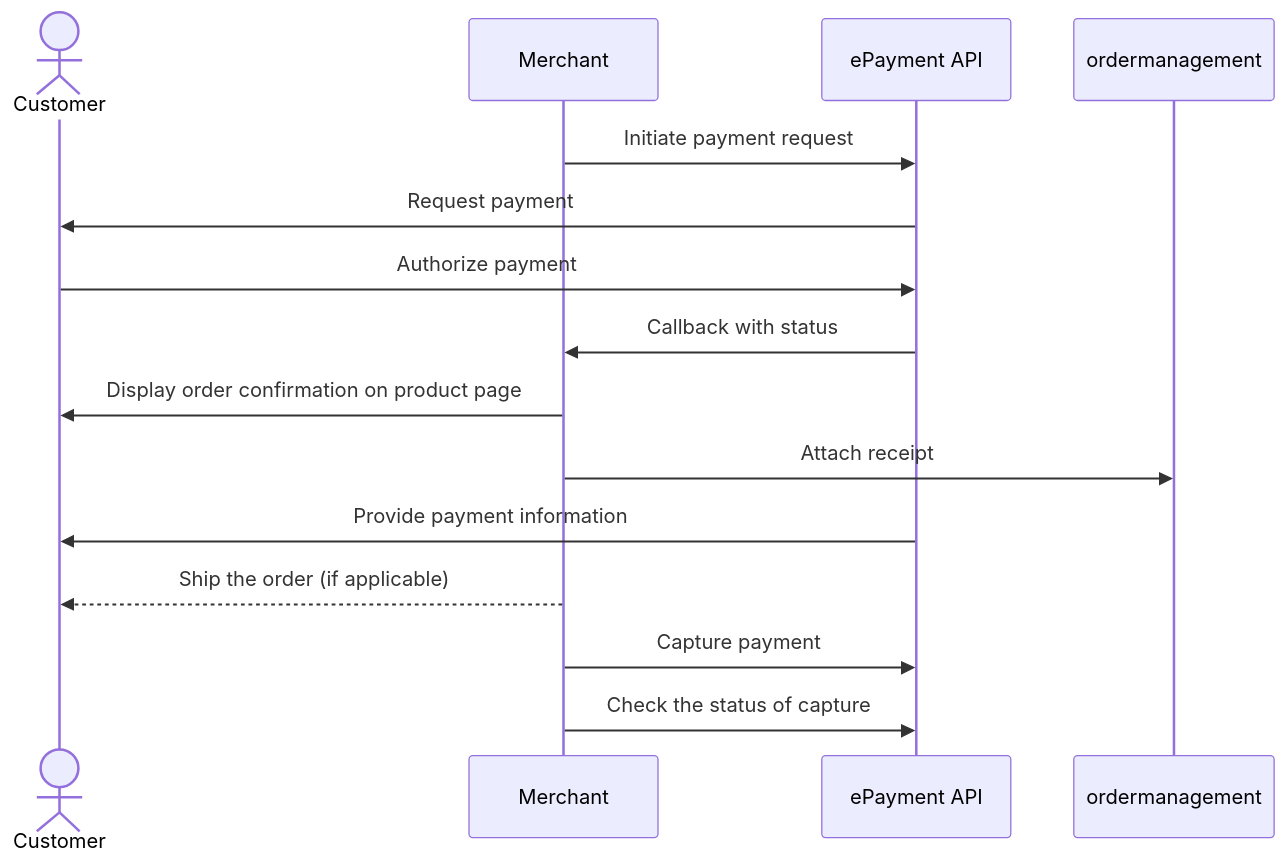
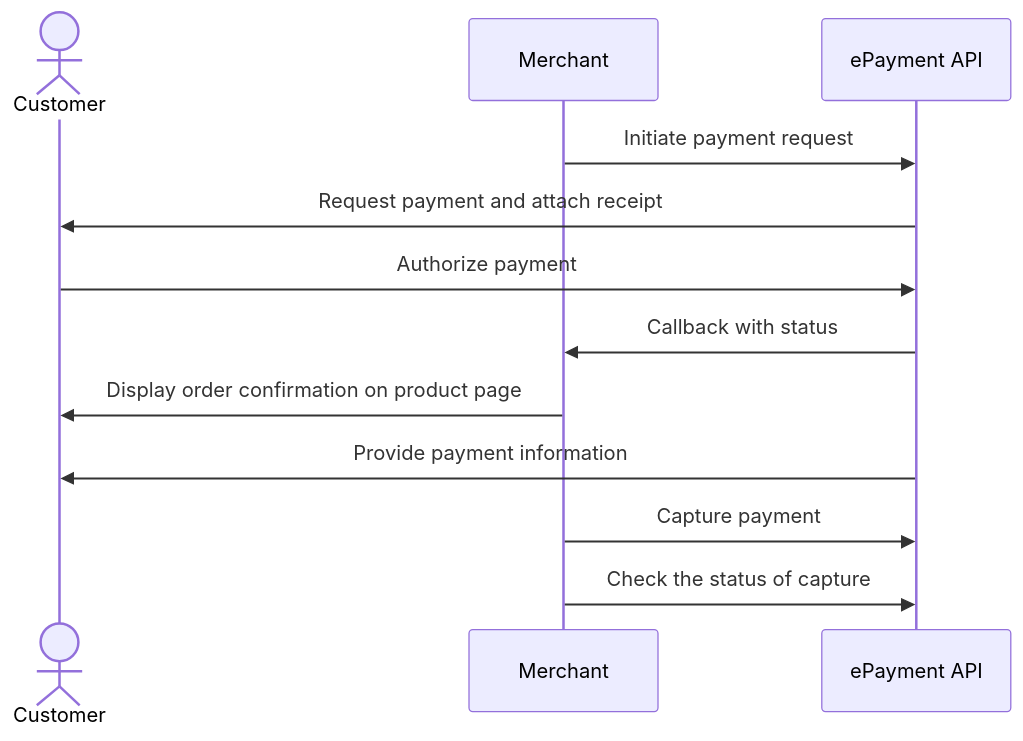
The diagram in invoice-through-epayments/payment-sent-to-app.md (vippsas/vipps-solutions), drawn with Mermaid before and after one commit. The commit also changed other lines of this file and 19 other files, not shown here.

Commit message:
Provide unique examples. Add receipt in payment request when possible.

````diff
--- a/invoice-through-epayments/payment-sent-to-app.md
+++ b/invoice-through-epayments/payment-sent-to-app.md
@@ -78,17 +134,15 @@
 ``` mermaid
 sequenceDiagram
     actor C as Customer
     participant M as Merchant
     participant ePayment as ePayment API
 
     M->>ePayment: Initiate payment request
-    ePayment->>C: Request payment
+    ePayment->>C: Request payment and attach receipt
     C->>ePayment: Authorize payment
     ePayment->>M: Callback with status
     M->>C: Display order confirmation on product page
-    M->> ordermanagement: Attach receipt
     ePayment->>C: Provide payment information
-    M-->>C: Ship the order (if applicable)
     M->>ePayment: Capture payment 
     M->>ePayment: Check the status of capture
 ```
````
